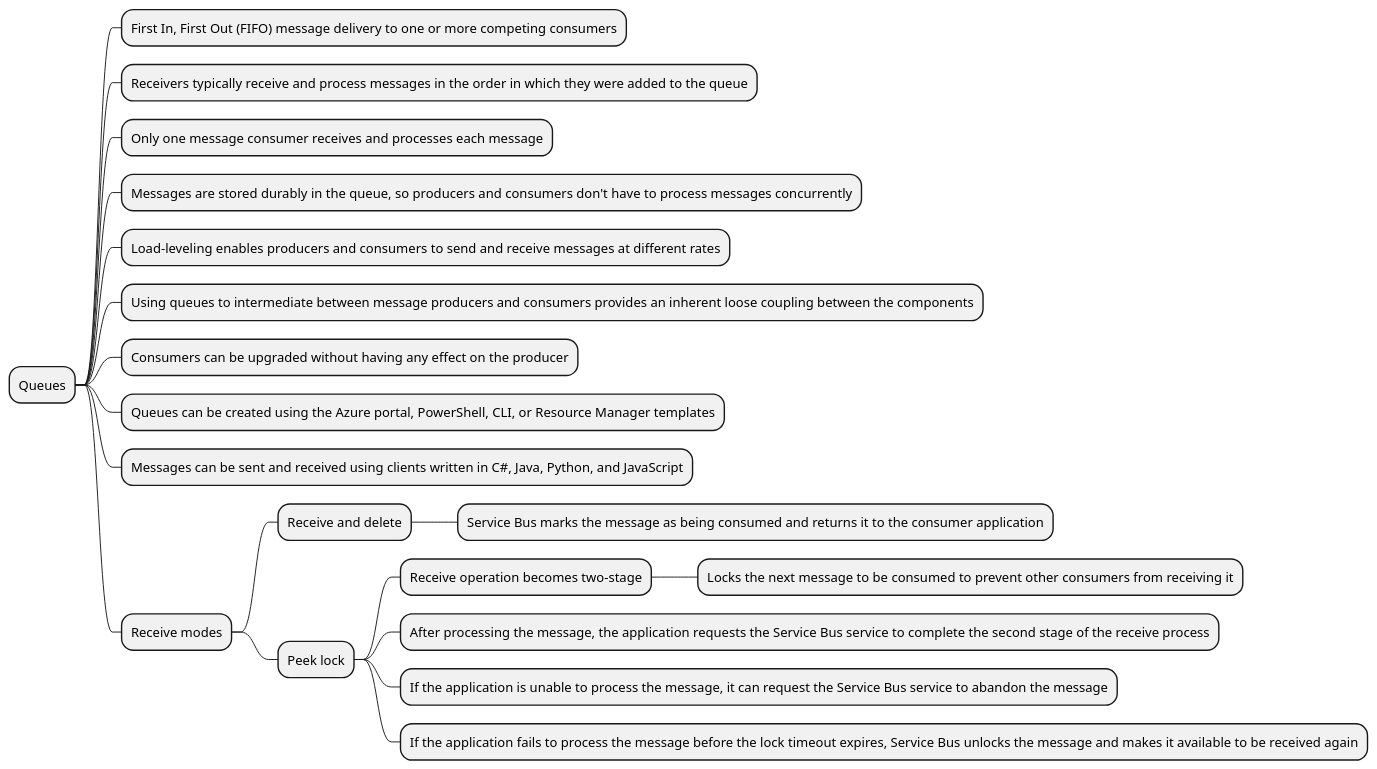
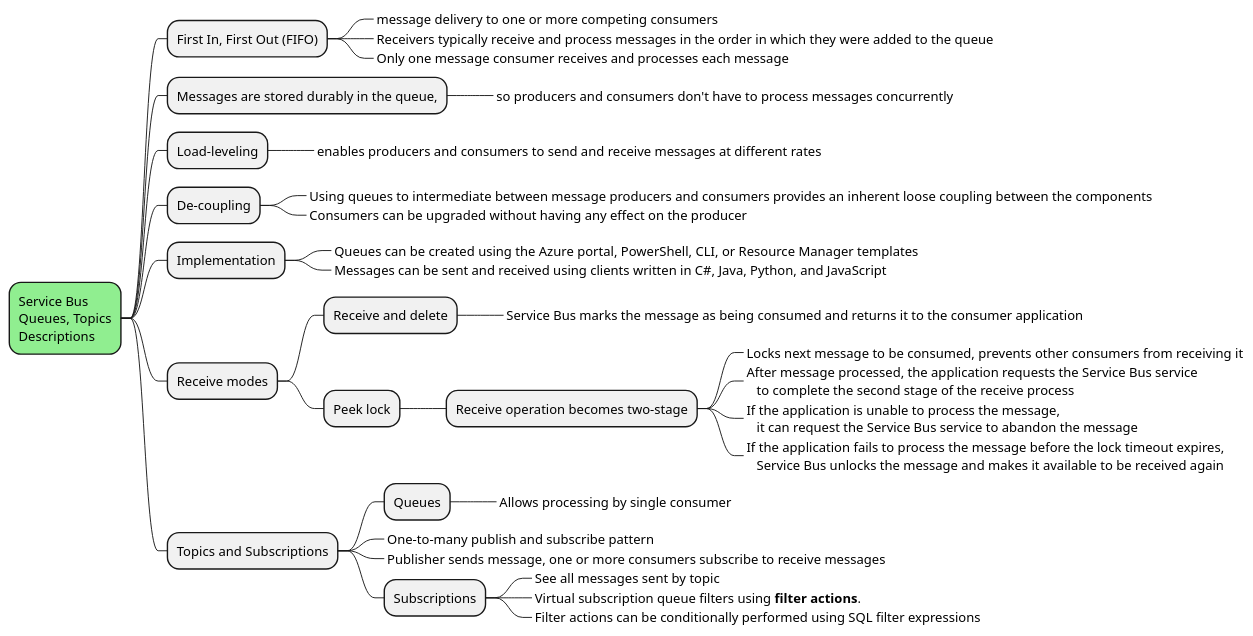
The diagram in 09 - message-queues/diagrams/3-components-mindmap.plantuml (bobbyache/AZ-204), drawn with PlantUML before and after one commit. The commit also changed 61 other files, not shown here.

```diff
--- a/09 - message-queues/diagrams/3-components-mindmap.plantuml
+++ b/09 - message-queues/diagrams/3-components-mindmap.plantuml
@@ -1,21 +1,35 @@
 @startmindmap
-* Queues
-** First In, First Out (FIFO) message delivery to one or more competing consumers
-** Receivers typically receive and process messages in the order in which they were added to the queue
-** Only one message consumer receives and processes each message
-** Messages are stored durably in the queue, so producers and consumers don't have to process messages concurrently
-** Load-leveling enables producers and consumers to send and receive messages at different rates
-** Using queues to intermediate between message producers and consumers provides an inherent loose coupling between the components
-** Consumers can be upgraded without having any effect on the producer
-** Queues can be created using the Azure portal, PowerShell, CLI, or Resource Manager templates
-** Messages can be sent and received using clients written in C#, Java, Python, and JavaScript
+*[#lightgreen] Service Bus\nQueues, Topics\nDescriptions
+** First In, First Out (FIFO)
+***_ message delivery to one or more competing consumers
+***_  Receivers typically receive and process messages in the order in which they were added to the queue
+***_  Only one message consumer receives and processes each message
+** Messages are stored durably in the queue,
+***_ so producers and consumers don't have to process messages concurrently
+** Load-leveling
+***_  enables producers and consumers to send and receive messages at different rates
+** De-coupling
+***_ Using queues to intermediate between message producers and consumers provides an inherent loose coupling between the components
+***_ Consumers can be upgraded without having any effect on the producer
+** Implementation
+***_ Queues can be created using the Azure portal, PowerShell, CLI, or Resource Manager templates
+***_ Messages can be sent and received using clients written in C#, Java, Python, and JavaScript
 ** Receive modes
 *** Receive and delete
-**** Service Bus marks the message as being consumed and returns it to the consumer application
+****_ Service Bus marks the message as being consumed and returns it to the consumer application
 *** Peek lock
 **** Receive operation becomes two-stage
-***** Locks the next message to be consumed to prevent other consumers from receiving it
-**** After processing the message, the application requests the Service Bus service to complete the second stage of the receive process
-**** If the application is unable to process the message, it can request the Service Bus service to abandon the message
-**** If the application fails to process the message before the lock timeout expires, Service Bus unlocks the message and makes it available to be received again
+*****_ Locks next message to be consumed, prevents other consumers from receiving it
+*****_ After message processed, the application requests the Service Bus service\n   to complete the second stage of the receive process
+*****_ If the application is unable to process the message,\n   it can request the Service Bus service to abandon the message
+*****_ If the application fails to process the message before the lock timeout expires,\n   Service Bus unlocks the message and makes it available to be received again
+** Topics and Subscriptions
+*** Queues
+****_ Allows processing by single consumer
+***_ One-to-many publish and subscribe pattern
+***_ Publisher sends message, one or more consumers subscribe to receive messages
+*** Subscriptions
+****_ See all messages sent by topic
+****_ Virtual subscription queue filters using **filter actions**.
+****_ Filter actions can be conditionally performed using SQL filter expressions
 @endmindmap
```
